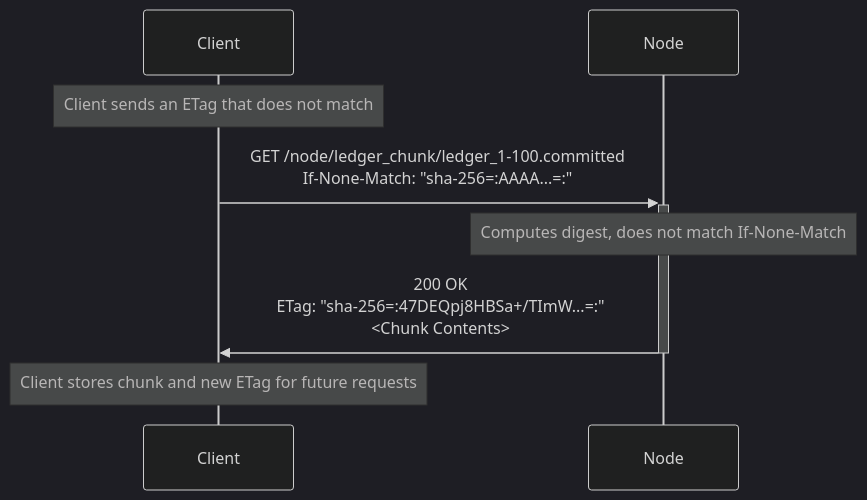
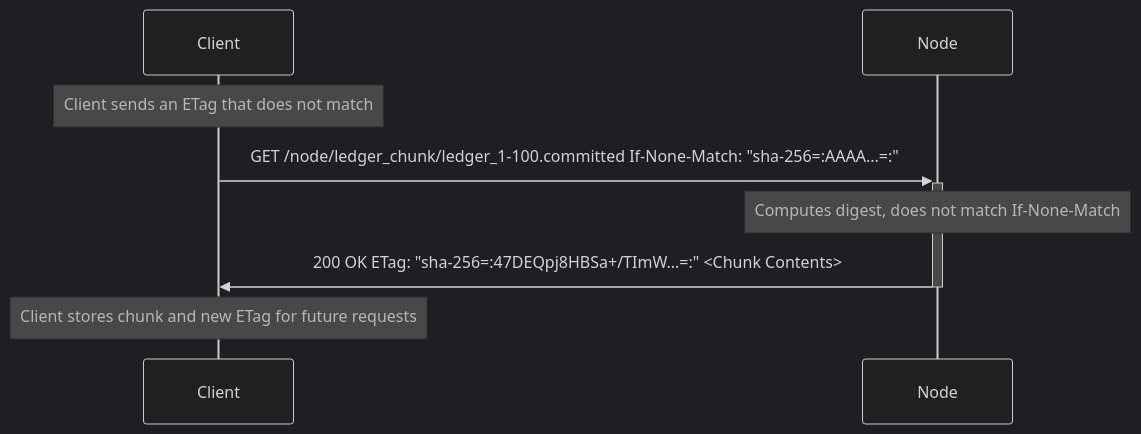
The fourth of 5 diagrams in doc/operations/ledger_snapshot.rst (microsoft/CCF), drawn with Mermaid (dark theme) before and after one commit. The commit also changed other lines of this file and 10 other files, not shown here.

First line of the commit message:
Refine documentation icons and diagram presentation

```diff
--- a/doc/operations/ledger_snapshot.rst
+++ b/doc/operations/ledger_snapshot.rst
@@ -197,8 +197,8 @@
 .. mermaid::
 
     sequenceDiagram
         Note over Client: Client sends an ETag that does not match
-        Client->>+Node: GET /node/ledger_chunk/ledger_1-100.committed<br/>If-None-Match: "sha-256=:AAAA...=:"
+        Client->>+Node: GET /node/ledger_chunk/ledger_1-100.committed If-None-Match: "sha-256=:AAAA...=:"
         Note over Node: Computes digest, does not match If-None-Match
-        Node->>-Client: 200 OK<br/>ETag: "sha-256=:47DEQpj8HBSa+/TImW...=:"<br/><Chunk Contents>
+        Node->>-Client: 200 OK ETag: "sha-256=:47DEQpj8HBSa+/TImW...=:" <Chunk Contents>
         Note over Client: Client stores chunk and new ETag for future requests
```
